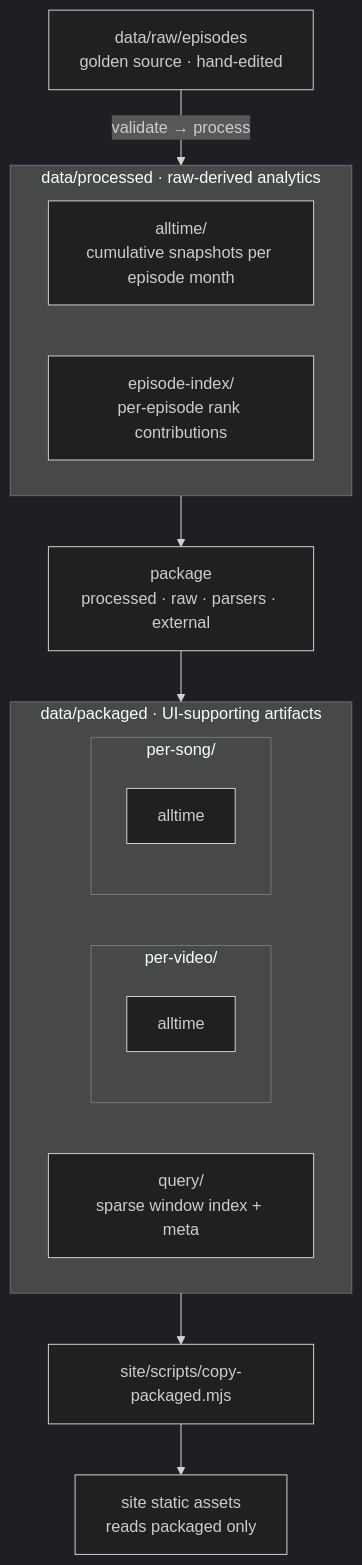
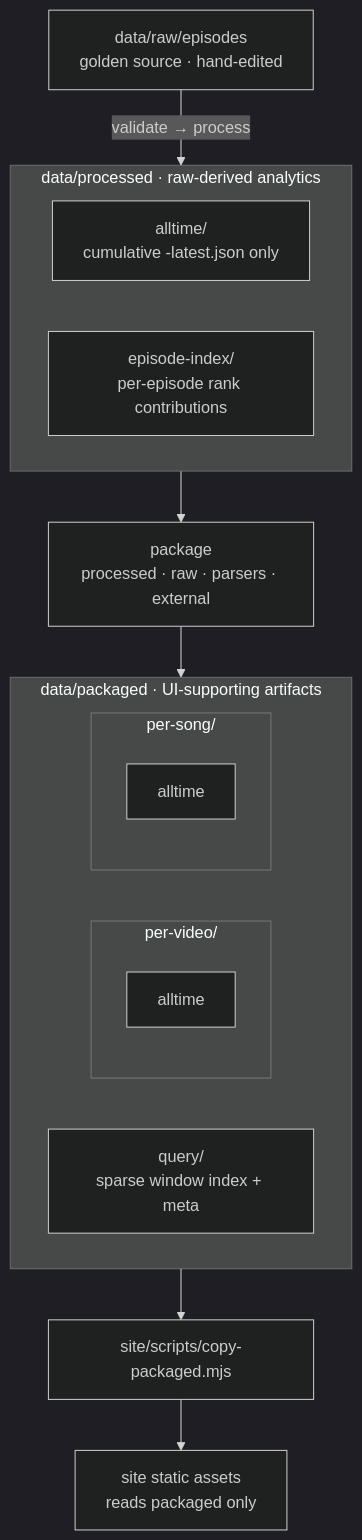
One commit to ruslanbes/eurovision-top-20 changed the diagram in data/README.md. Above: the diagram before and after it, drawn with Mermaid (dark theme). The commit also changed 12 other files, not shown here.

````diff
--- a/data/README.md
+++ b/data/README.md
@@ -9,30 +9,30 @@
 ```mermaid
 flowchart TB
   raw["data/raw/episodes<br/>golden source · hand-edited"]
 
   subgraph processed["data/processed · raw-derived analytics"]
-    alltime["alltime/<br/>cumulative snapshots per episode month"]
+    alltime["alltime/<br/>cumulative -latest.json only"]
     episode_index["episode-index/<br/>per-episode rank contributions"]
   end
 
   package["package<br/>processed · raw · parsers · external"]
 
   subgraph packaged["data/packaged · UI-supporting artifacts"]
     direction LR
     query["query/<br/>sparse window index + meta"]
     subgraph per_video["per-video/"]
       pv_alltime["alltime"]
     end
     subgraph per_song["per-song/"]
       ps_alltime["alltime"]
     end
   end
 
   prebuild["site/scripts/copy-packaged.mjs"]
   site["site static assets<br/>reads packaged only"]
 
   raw -->|"validate → process"| processed
   processed --> package
   package --> packaged
   packaged --> prebuild --> site
 ```
````
